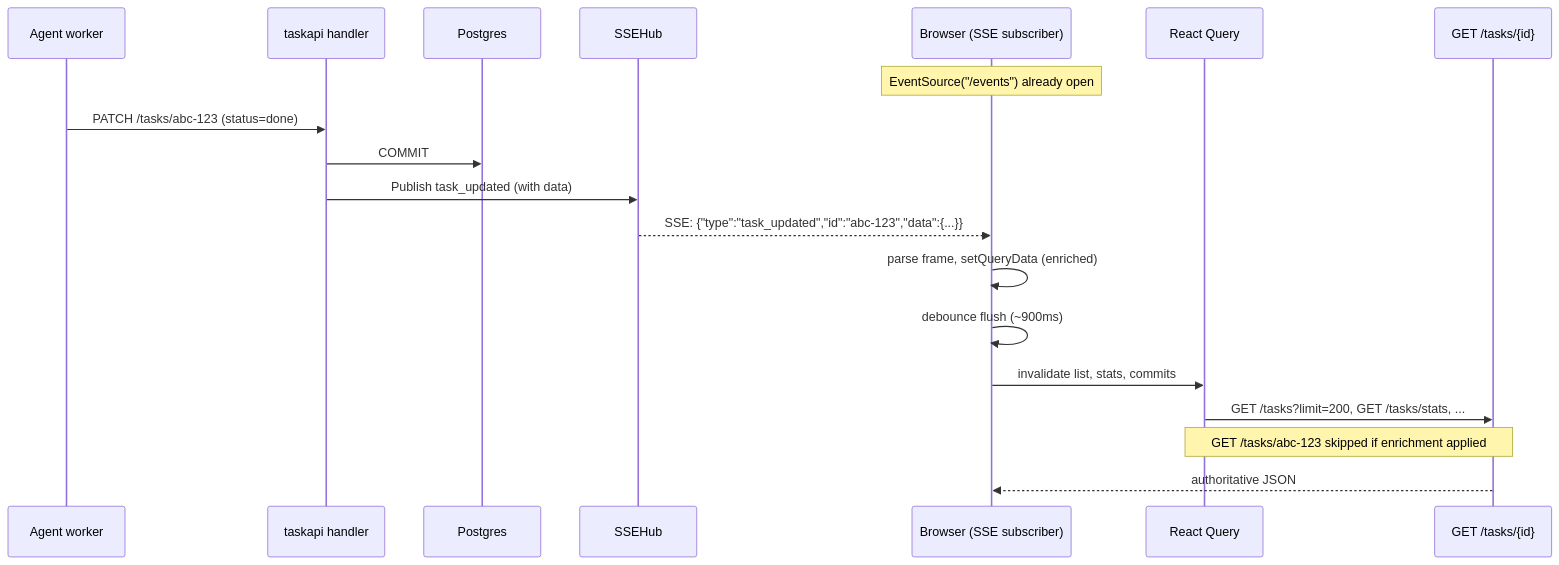
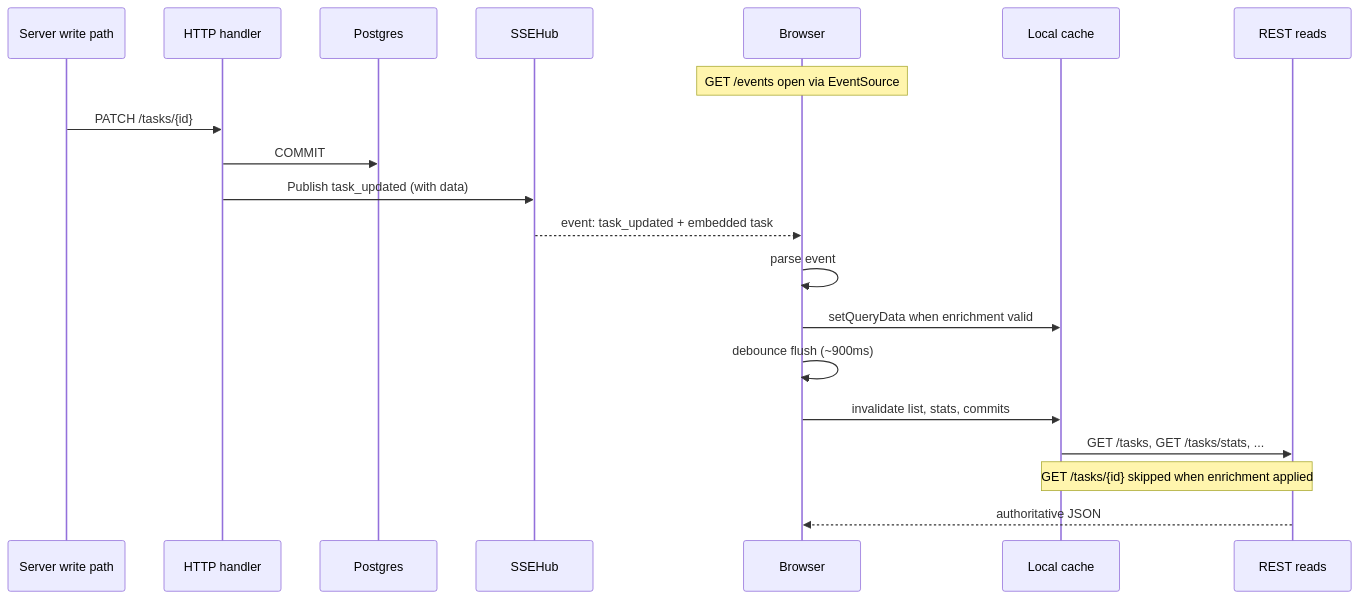
One commit to AlexsanderHamir/T2A changed the third of 4 diagrams in docs/architecture.md. Above: the diagram before and after it, drawn with Mermaid. The commit also changed other lines of this file, not shown here.

First line of the commit message:
docs(architecture): restructure overview, diagrams, and walkthroughs

````diff
--- a/docs/architecture.md
+++ b/docs/architecture.md
@@ -102,24 +185,25 @@
 ```mermaid
 sequenceDiagram
-  participant Agent as Agent worker
-  participant API as taskapi handler
+  participant Writer as Server write path
+  participant API as HTTP handler
   participant PG as Postgres
   participant Hub as SSEHub
-  participant Browser as Browser (SSE subscriber)
-  participant RQ as React Query
-  participant REST as GET /tasks/{id}
+  participant Browser as Browser
+  participant Cache as Local cache
+  participant REST as REST reads
 
-  Note over Browser: EventSource("/events") already open
+  Note over Browser: GET /events open via EventSource
 
-  Agent->>API: PATCH /tasks/abc-123 (status=done)
+  Writer->>API: PATCH /tasks/{id}
   API->>PG: COMMIT
   API->>Hub: Publish task_updated (with data)
-  Hub-->>Browser: SSE: {"type":"task_updated","id":"abc-123","data":{...}}
+  Hub-->>Browser: event: task_updated + embedded task
 
-  Browser->>Browser: parse frame, setQueryData (enriched)
+  Browser->>Browser: parse event
+  Browser->>Cache: setQueryData when enrichment valid
   Browser->>Browser: debounce flush (~900ms)
-  Browser->>RQ: invalidate list, stats, commits
-  RQ->>REST: GET /tasks?limit=200, GET /tasks/stats, ...
-  Note over RQ,REST: GET /tasks/abc-123 skipped if enrichment applied
+  Browser->>Cache: invalidate list, stats, commits
+  Cache->>REST: GET /tasks, GET /tasks/stats, ...
+  Note over Cache,REST: GET /tasks/{id} skipped when enrichment applied
   REST-->>Browser: authoritative JSON
 ```
````
